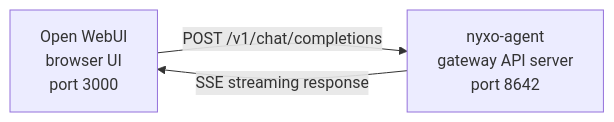
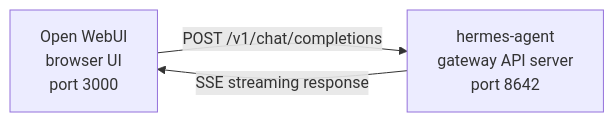
Before and after one commit to roshinpv1/Flash: the diagram in website/docs/user-guide/messaging/open-webui.md, drawn with Mermaid. The commit also changed other lines of this file and 8928 other files, not shown here.

````diff
--- a/website/docs/user-guide/messaging/open-webui.md
+++ b/website/docs/user-guide/messaging/open-webui.md
@@ -13,7 +13,7 @@
 ```mermaid
 flowchart LR
     A["Open WebUI<br/>browser UI<br/>port 3000"]
-    B["nyxo-agent<br/>gateway API server<br/>port 8642"]
+    B["hermes-agent<br/>gateway API server<br/>port 8642"]
     A -->|POST /v1/chat/completions| B
     B -->|SSE streaming response| A
 ```
````
